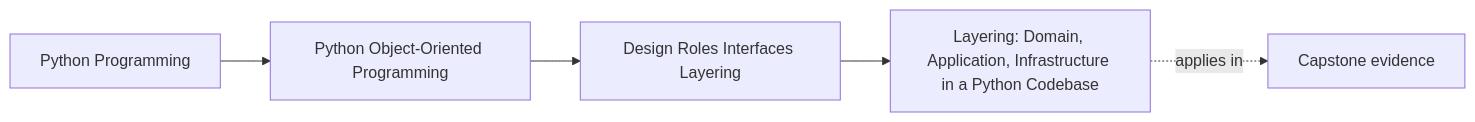
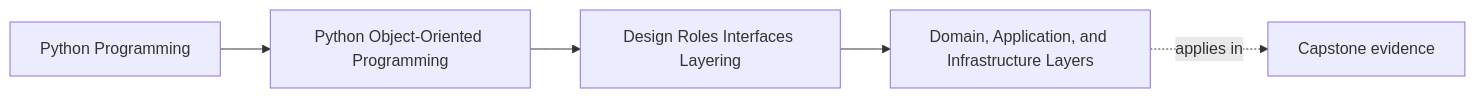
One commit to bijux/bijux-masterclass changed the first of 2 diagrams in programs/python-programming/python-object-oriented-programming/course-book/module-02-design-roles-interfaces-layering/domain-application-and-infrastructure-layers.md. Above: the diagram before and after it, drawn with Mermaid. The commit also changed other lines of this file, not shown here.

````diff
--- a/programs/python-programming/python-object-oriented-programming/course-book/module-02-design-roles-interfaces-layering/domain-application-and-infrastructure-layers.md
+++ b/programs/python-programming/python-object-oriented-programming/course-book/module-02-design-roles-interfaces-layering/domain-application-and-infrastructure-layers.md
@@ -7,11 +6,11 @@
 ```mermaid
 graph LR
   family["Python Programming"]
   program["Python Object-Oriented Programming"]
   section["Design Roles Interfaces Layering"]
-  page["Layering: Domain, Application, Infrastructure in a Python Codebase"]
+  page["Domain, Application, and Infrastructure Layers"]
   capstone["Capstone evidence"]
 
   family --> program --> section --> page
   page -.applies in.-> capstone
 ```
````
